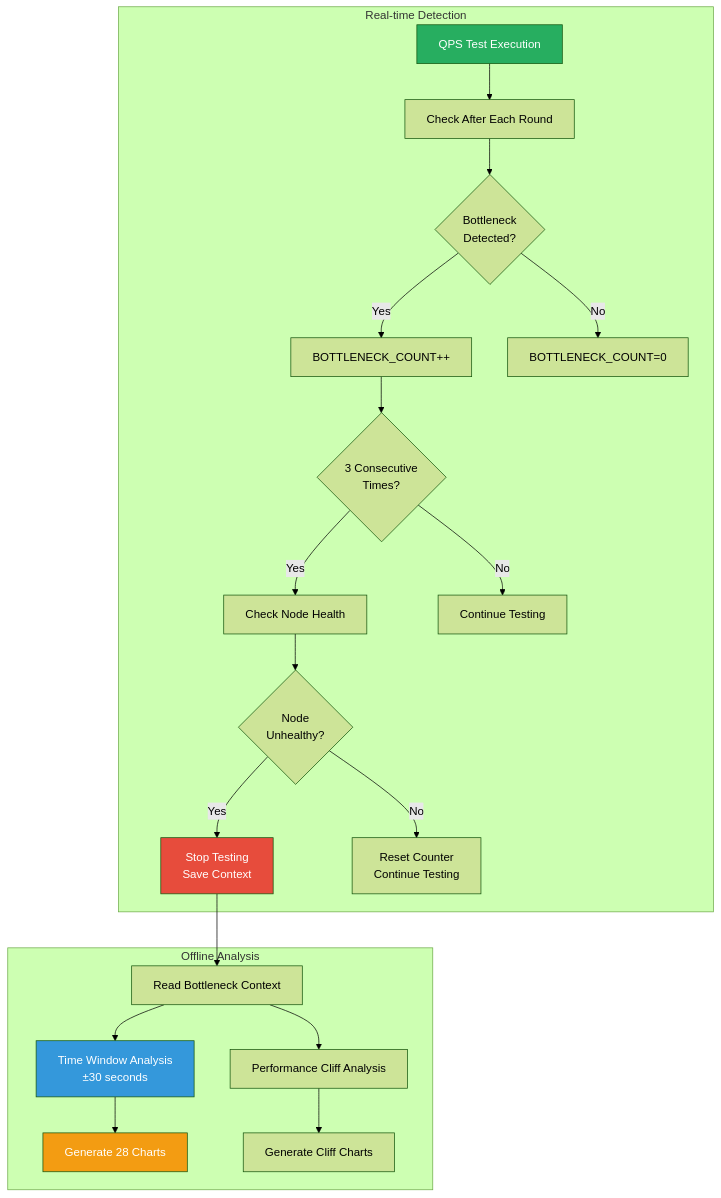
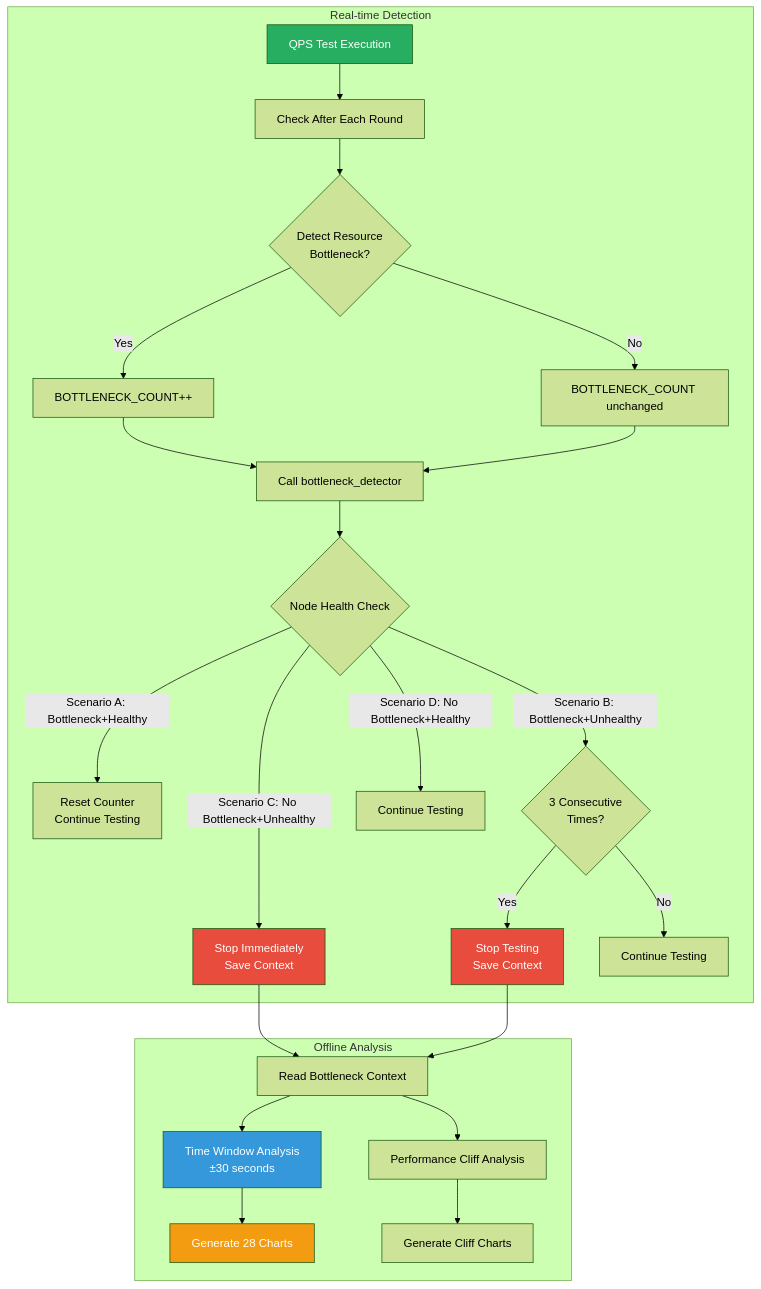
Before and after one commit to StayHungryStayFoolish/blockchain-node-benchmark: the sixth of 8 diagrams in docs/monitoring-mechanism.md, drawn with Mermaid (forest theme). The commit also changed other lines of this file and 1 other file, not shown here.

````diff
--- a/docs/monitoring-mechanism.md
+++ b/docs/monitoring-mechanism.md
@@ -521,28 +521,33 @@
 ```mermaid
 graph TB
     subgraph "Real-time Detection"
         A[QPS Test Execution] --> B[Check After Each Round]
-        B --> C{Bottleneck<br/>Detected?}
+        B --> C{Detect Resource<br/>Bottleneck?}
         C -->|Yes| D[BOTTLENECK_COUNT++]
-        C -->|No| E[BOTTLENECK_COUNT=0]
-        D --> F{3 Consecutive<br/>Times?}
-        F -->|Yes| G[Check Node Health]
-        F -->|No| H[Continue Testing]
-        G --> I{Node<br/>Unhealthy?}
-        I -->|Yes| J[Stop Testing<br/>Save Context]
-        I -->|No| K[Reset Counter<br/>Continue Testing]
+        C -->|No| E[BOTTLENECK_COUNT unchanged]
+        D --> F[Call bottleneck_detector]
+        E --> F
+        F --> G{Node Health Check}
+        G -->|Scenario A: Bottleneck+Healthy| H[Reset Counter<br/>Continue Testing]
+        G -->|Scenario B: Bottleneck+Unhealthy| I{3 Consecutive<br/>Times?}
+        G -->|Scenario C: No Bottleneck+Unhealthy| J[Stop Immediately<br/>Save Context]
+        G -->|Scenario D: No Bottleneck+Healthy| K[Continue Testing]
+        I -->|Yes| L[Stop Testing<br/>Save Context]
+        I -->|No| M[Continue Testing]
     end
     
     subgraph "Offline Analysis"
-        J --> L[Read Bottleneck Context]
-        L --> M[Time Window Analysis<br/>±30 seconds]
-        L --> N[Performance Cliff Analysis]
-        M --> O[Generate 28 Charts]
-        N --> P[Generate Cliff Charts]
+        J --> N[Read Bottleneck Context]
+        L --> N
+        N --> O[Time Window Analysis<br/>±30 seconds]
+        N --> P[Performance Cliff Analysis]
+        O --> Q[Generate 28 Charts]
+        P --> R[Generate Cliff Charts]
     end
     
     style A fill:#27AE60,color:#fff
     style J fill:#E74C3C,color:#fff
-    style M fill:#3498DB,color:#fff
-    style O fill:#F39C12,color:#fff
+    style L fill:#E74C3C,color:#fff
+    style O fill:#3498DB,color:#fff
+    style Q fill:#F39C12,color:#fff
 ```
````
